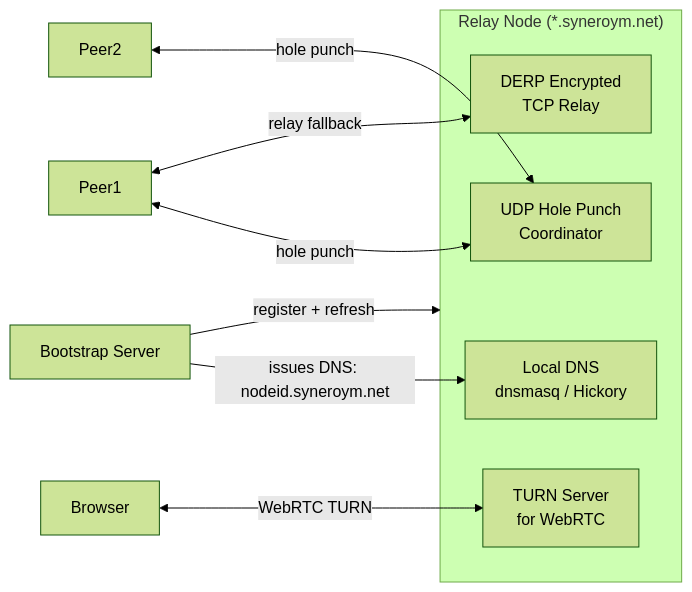
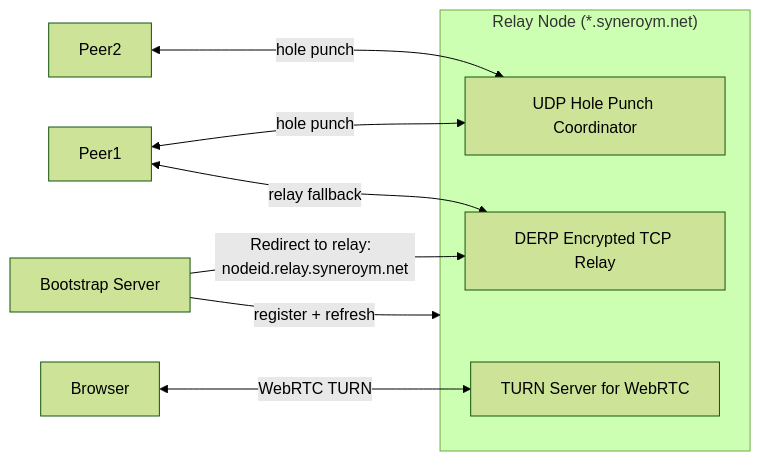
One commit to syneroym/syneroym changed the fourth of 21 diagrams in docs/architecture.md. Above: the diagram before and after it, drawn with Mermaid (forest theme). The commit also changed other lines of this file, not shown here.

````diff
--- a/docs/architecture.md
+++ b/docs/architecture.md
@@ -158,16 +158,15 @@
 ```mermaid
 flowchart LR
     subgraph Relay["Relay Node (*.syneroym.net)"]
-        HP[UDP Hole Punch\nCoordinator]
-        DR[DERP Encrypted\nTCP Relay]
-        TR[TURN Server\nfor WebRTC]
-        DNS[Local DNS\ndnsmasq / Hickory]
+        HP[UDP Hole Punch Coordinator]
+        DR[DERP Encrypted TCP Relay]
+        TR[TURN Server for WebRTC]
     end
 
     BS[Bootstrap Server] -->|"register + refresh"| Relay
-    BS -->|"issues DNS: nodeid.syneroym.net"| DNS
+    BS -->|"Redirect to relay:  nodeid.relay.syneroym.net"| DR
     Peer1 <-->|"hole punch"| HP
     Peer2 <-->|"hole punch"| HP
     Peer1 <-->|"relay fallback"| DR
     Browser <-->|"WebRTC TURN"| TR
 ```
````
